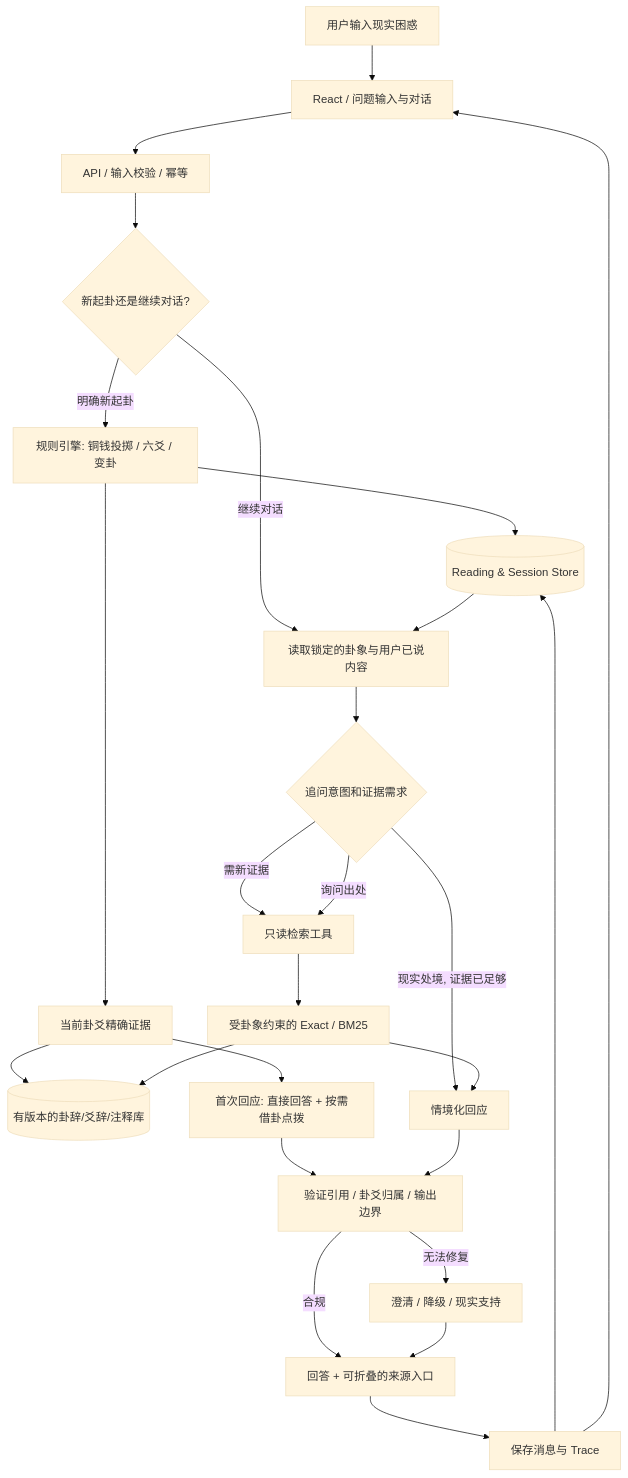
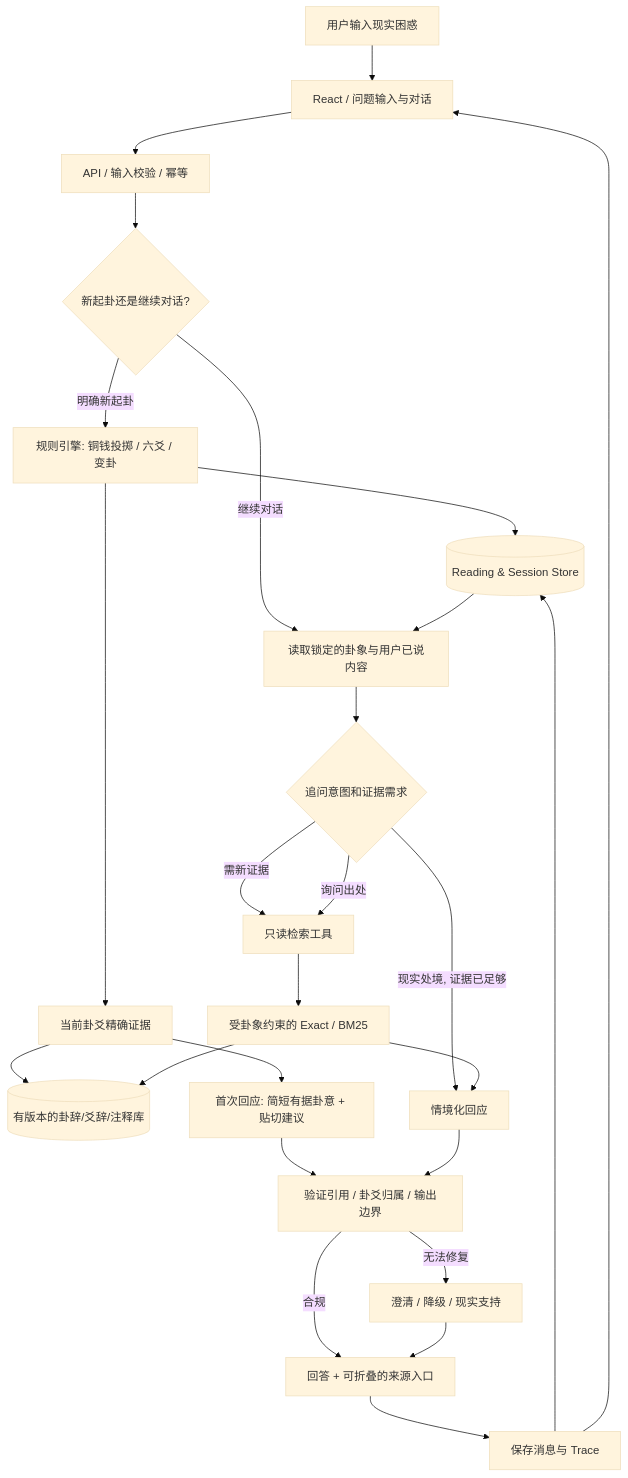
One commit to fortune828/-RAG-LangGraph-Agent changed the first of 3 diagrams in architect.md. Above: the diagram before and after it, drawn with Mermaid (base theme). The commit also changed other lines of this file and 12 other files, not shown here.

````diff
--- a/architect.md
+++ b/architect.md
@@ -66,28 +66,28 @@
 ```mermaid
 flowchart TD
   USER[用户输入现实困惑] --> UI[React / 问题输入与对话]
   UI --> API[API / 输入校验 / 幂等]
   API --> ACTION{新起卦还是继续对话?}
   ACTION -->|明确新起卦| CAST[规则引擎: 铜钱投掷 / 六爻 / 变卦]
   CAST --> DB[(Reading & Session Store)]
   CAST --> CORE[当前卦爻精确证据]
   CORE --> KB[(有版本的卦辞/爻辞/注释库)]
-  CORE --> FIRST[首次回应: 直接回答 + 按需借卦点拨]
+  CORE --> FIRST[首次回应: 简短有据卦意 + 贴切建议]
   ACTION -->|继续对话| LOAD[读取锁定的卦象与用户已说内容]
   DB --> LOAD
   LOAD --> ROUTE{追问意图和证据需求}
   ROUTE -->|现实处境, 证据已足够| CHAT[情境化回应]
   ROUTE -->|需新证据| TOOL[只读检索工具]
   ROUTE -->|询问出处| TOOL
   TOOL --> RET[受卦象约束的 Exact / BM25]
   RET --> KB
   RET --> CHAT
   FIRST --> VERIFY[验证引用 / 卦爻归属 / 输出边界]
   CHAT --> VERIFY
   VERIFY -->|合规| ANSWER[回答 + 可折叠的来源入口]
   VERIFY -->|无法修复| FALLBACK[澄清 / 降级 / 现实支持]
   FALLBACK --> ANSWER
   ANSWER --> SAVE[保存消息与 Trace]
   SAVE --> DB
   SAVE --> UI
 ```
````
